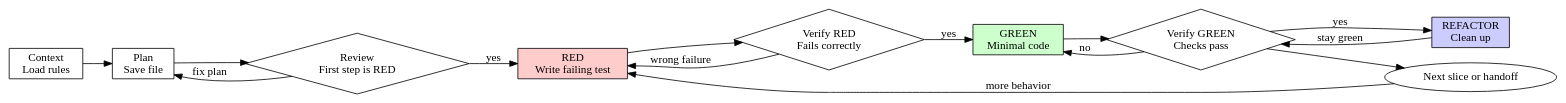
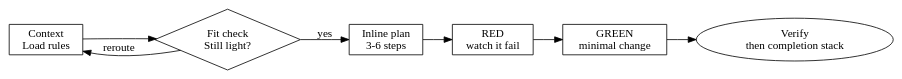
The diagram in skills/superwork-tdd/SKILL.md (BryanHoo/superwork), drawn with Graphviz before and after one commit. The commit also changed other lines of this file and 13 other files, not shown here.

````diff
--- a/skills/superwork-tdd/SKILL.md
+++ b/skills/superwork-tdd/SKILL.md
@@ -80,28 +82,18 @@
 ```dot
 digraph superwork_tdd_cycle {
     rankdir=LR;
     context [label="Context\nLoad rules", shape=box];
-    plan [label="Plan\nSave file", shape=box];
-    review [label="Review\nFirst step is RED", shape=diamond];
-    red [label="RED\nWrite failing test", shape=box, style=filled, fillcolor="#ffcccc"];
-    verify_red [label="Verify RED\nFails correctly", shape=diamond];
-    green [label="GREEN\nMinimal code", shape=box, style=filled, fillcolor="#ccffcc"];
-    verify_green [label="Verify GREEN\nChecks pass", shape=diamond];
-    refactor [label="REFACTOR\nClean up", shape=box, style=filled, fillcolor="#ccccff"];
-    next [label="Next slice or handoff", shape=ellipse];
+    fit [label="Fit check\nStill light?", shape=diamond];
+    plan [label="Inline plan\n3-6 steps", shape=box];
+    red [label="RED\nwatch it fail", shape=box];
+    green [label="GREEN\nminimal change", shape=box];
+    verify [label="Verify\nthen completion stack", shape=ellipse];
 
-    context -> plan;
-    plan -> review;
-    review -> red [label="yes"];
-    review -> plan [label="fix plan"];
-    red -> verify_red;
-    verify_red -> green [label="yes"];
-    verify_red -> red [label="wrong failure"];
-    green -> verify_green;
-    verify_green -> refactor [label="yes"];
-    verify_green -> green [label="no"];
-    refactor -> verify_green [label="stay green"];
-    verify_green -> next;
-    next -> red [label="more behavior"];
+    context -> fit;
+    fit -> plan [label="yes"];
+    fit -> context [label="reroute"];
+    plan -> red;
+    red -> green;
+    green -> verify;
 }
 ```
````
